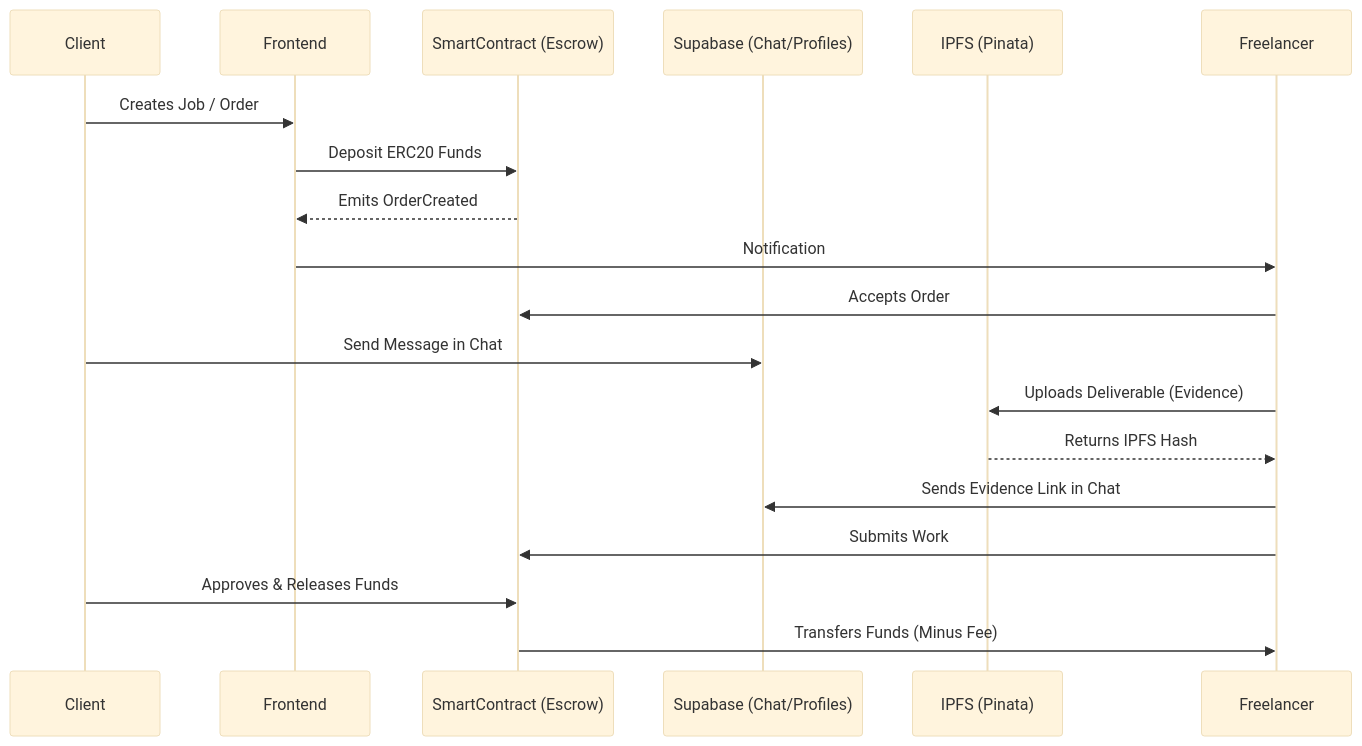
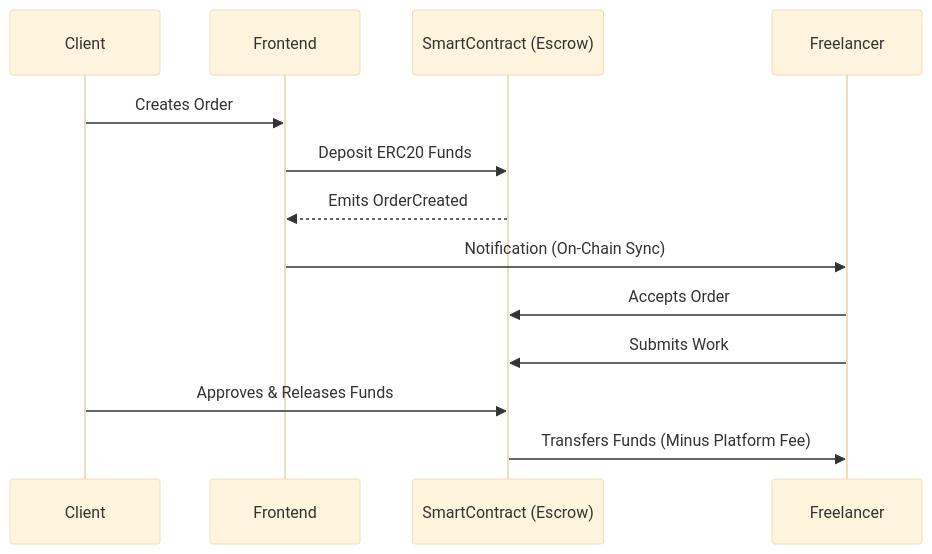
One commit to msg121/Trustgrow-Freelance-Marketplace changed the diagram in README.md. Above: the diagram before and after it, drawn with Mermaid (base theme). The commit also changed other lines of this file, not shown here.

````diff
--- a/README.md
+++ b/README.md
@@ -31,22 +28,16 @@
 ```mermaid
 sequenceDiagram
     participant Client
     participant Frontend
     participant SmartContract (Escrow)
-    participant Supabase (Chat/Profiles)
-    participant IPFS (Pinata)
     participant Freelancer
 
-    Client->>Frontend: Creates Job / Order
+    Client->>Frontend: Creates Order
     Frontend->>SmartContract (Escrow): Deposit ERC20 Funds
     SmartContract (Escrow)-->>Frontend: Emits OrderCreated
-    Frontend->>Freelancer: Notification
+    Frontend->>Freelancer: Notification (On-Chain Sync)
     Freelancer->>SmartContract (Escrow): Accepts Order
-    Client->>Supabase (Chat/Profiles): Send Message in Chat
-    Freelancer->>IPFS (Pinata): Uploads Deliverable (Evidence)
-    IPFS (Pinata)-->>Freelancer: Returns IPFS Hash
-    Freelancer->>Supabase (Chat/Profiles): Sends Evidence Link in Chat
     Freelancer->>SmartContract (Escrow): Submits Work
     Client->>SmartContract (Escrow): Approves & Releases Funds
-    SmartContract (Escrow)->>Freelancer: Transfers Funds (Minus Fee)
+    SmartContract (Escrow)->>Freelancer: Transfers Funds (Minus Platform Fee)
 ```
````
